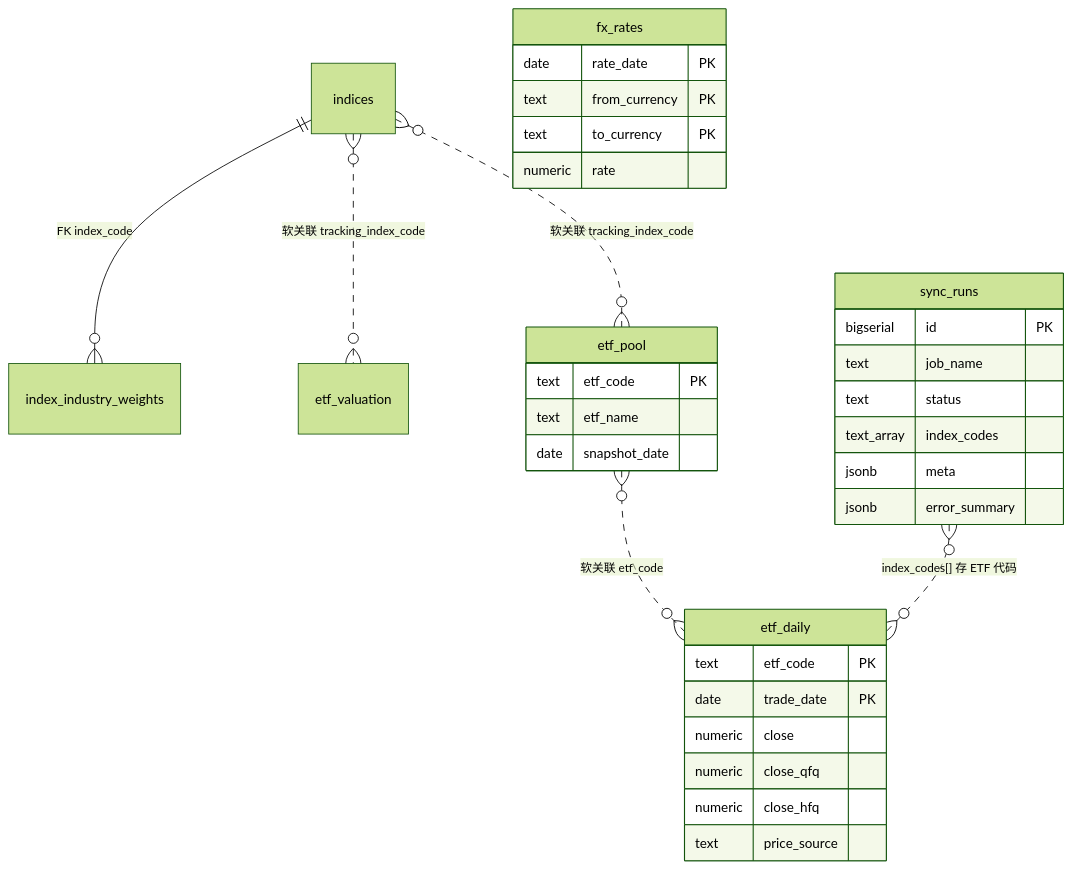
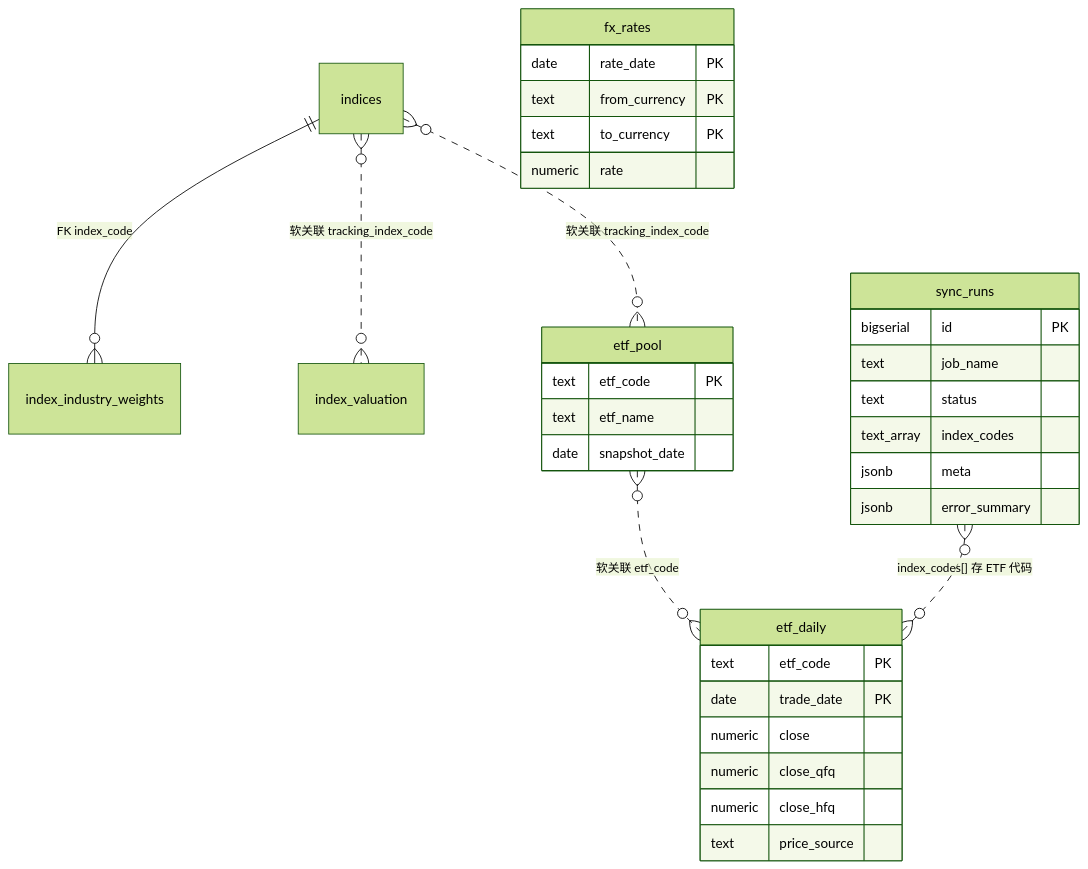
One commit to AbnerSunLabs/scheduled-tasks changed the diagram in doc/supabase-schema.md. Above: the diagram before and after it, drawn with Mermaid (forest theme). The commit also changed other lines of this file and 18 other files, not shown here.

Commit message:
refactor(db): rename ETF valuation table to index valuation

````diff
--- a/doc/supabase-schema.md
+++ b/doc/supabase-schema.md
@@ -46,40 +46,40 @@
 ```mermaid
 erDiagram
     indices ||--o{ index_industry_weights : "FK index_code"
-    indices }o..o{ etf_valuation : "软关联 tracking_index_code"
+    indices }o..o{ index_valuation : "软关联 tracking_index_code"
     indices }o..o{ etf_pool : "软关联 tracking_index_code"
     etf_pool }o..o{ etf_daily : "软关联 etf_code"
     sync_runs }o..o{ etf_daily : "index_codes[] 存 ETF 代码"
 
     sync_runs {
         bigserial id PK
         text job_name
         text status
         text_array index_codes
         jsonb meta
         jsonb error_summary
     }
 
     etf_pool {
         text etf_code PK
         text etf_name
         date snapshot_date
     }
 
     etf_daily {
         text etf_code PK
         date trade_date PK
         numeric close
         numeric close_qfq
         numeric close_hfq
         text price_source
     }
 
     fx_rates {
         date rate_date PK
         text from_currency PK
         text to_currency PK
         numeric rate
     }
 
 ```
````
